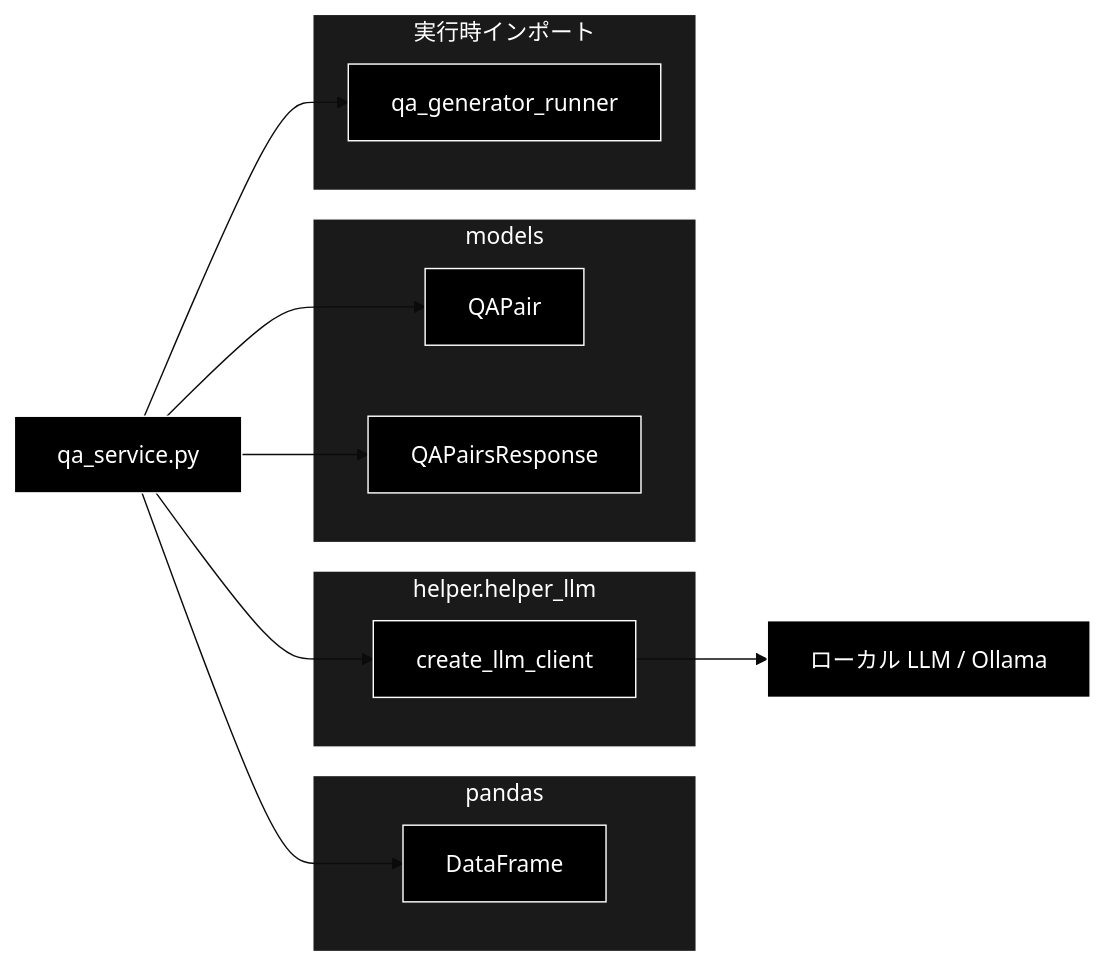
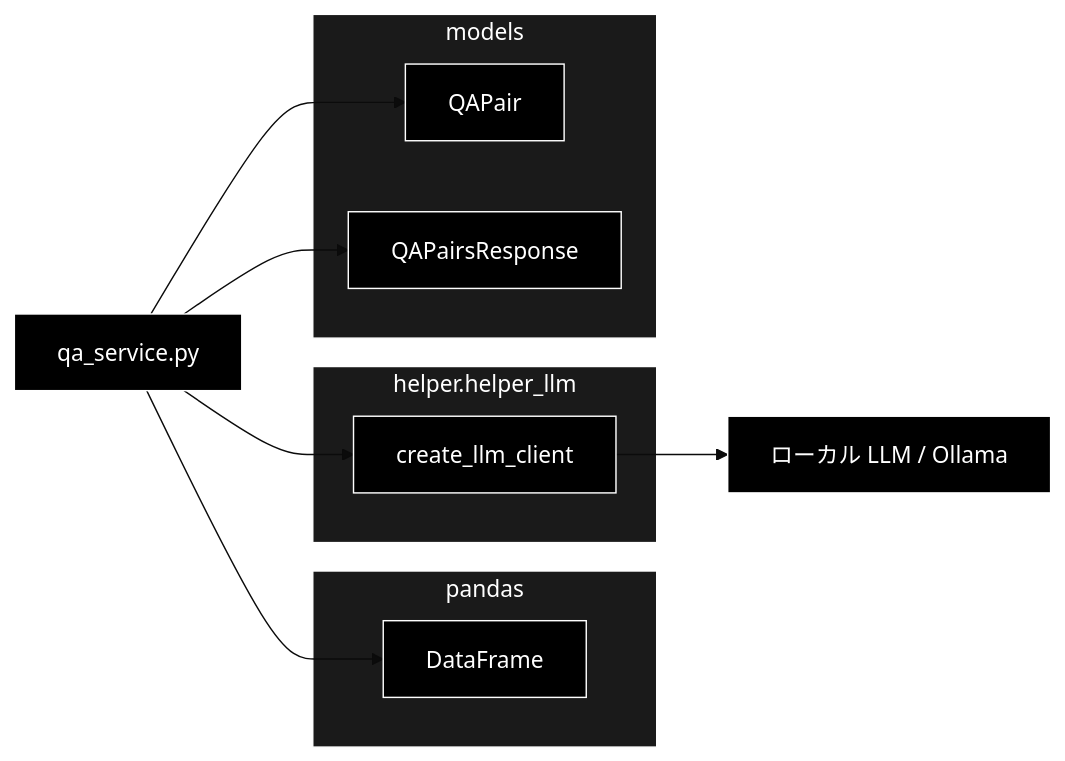
One commit to nakashima2toshio/grace_v2_local changed the third of 3 diagrams in services/docs/qa_service.md. Above: the diagram before and after it, drawn with Mermaid (base theme). The commit also changed other lines of this file and 5 other files, not shown here.

````diff
--- a/services/docs/qa_service.md
+++ b/services/docs/qa_service.md
@@ -594,35 +477,29 @@
 ```mermaid
 flowchart LR
     QASERVICE["qa_service.py"]
 
     subgraph PANDAS["pandas"]
         DF["DataFrame"]
     end
 
     subgraph HELPER["helper.helper_llm"]
         LLMCLIENT["create_llm_client"]
     end
 
     subgraph MODELSPKG["models"]
         QAPAIR["QAPair"]
         QARESP["QAPairsResponse"]
     end
 
-    subgraph RUNTIME["実行時インポート"]
-        RUNNER["qa_generator_runner"]
-    end
-
     QASERVICE --> DF
     QASERVICE --> LLMCLIENT
     QASERVICE --> QAPAIR
     QASERVICE --> QARESP
-    QASERVICE --> RUNNER
     LLMCLIENT --> OLLAMA["ローカル LLM / Ollama"]
 classDef default fill:#000,stroke:#fff,color:#fff
 classDef subgraphStyle fill:#1a1a1a,stroke:#fff,color:#fff
-class QASERVICE,DF,LLMCLIENT,QAPAIR,QARESP,RUNNER,OLLAMA default
+class QASERVICE,DF,LLMCLIENT,QAPAIR,QARESP,OLLAMA default
 style PANDAS fill:#1a1a1a,stroke:#fff,color:#fff
 style HELPER fill:#1a1a1a,stroke:#fff,color:#fff
 style MODELSPKG fill:#1a1a1a,stroke:#fff,color:#fff
-style RUNTIME fill:#1a1a1a,stroke:#fff,color:#fff
 ```
````
